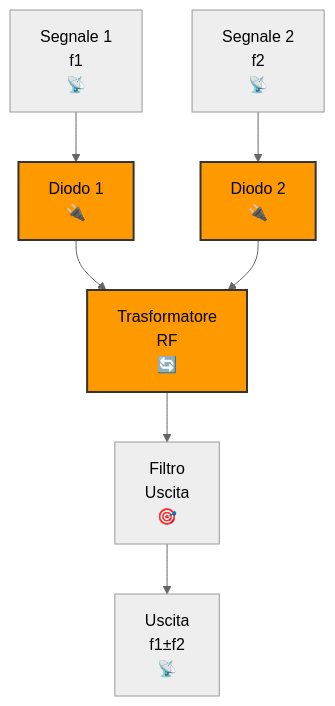
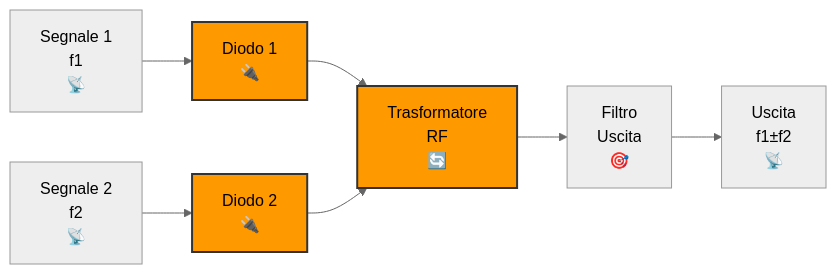
Before and after one commit to EliaTolin/esame-radioamatori: the second of 7 diagrams in 05_Trasmettitori/5.3_Descrizione_degli_stadi_seguenti.md, drawn with Mermaid (neutral theme). The commit also changed other lines of this file and 2 other files, not shown here.

Commit message:
aggiornamento diagrammi a blocchi in orizzontale

````diff
--- a/05_Trasmettitori/5.3_Descrizione_degli_stadi_seguenti.md
+++ b/05_Trasmettitori/5.3_Descrizione_degli_stadi_seguenti.md
@@ -48,11 +48,11 @@
 ```mermaid
-graph TD;
-    Ingresso1["Segnale 1<br>f1<br>📡"] --> Diodo1["Diodo 1<br>🔌"];
+graph LR;
+    Ingresso["Segnale 1<br>f1<br>📡"] --> Diodo1["Diodo 1<br>🔌"];
     Ingresso2["Segnale 2<br>f2<br>📡"] --> Diodo2["Diodo 2<br>🔌"];
     Diodo1 --> Trasformatore["Trasformatore<br>RF<br>🔄"];
     Diodo2 --> Trasformatore;
     Trasformatore --> FiltroUscita["Filtro<br>Uscita<br>🎯"];
     FiltroUscita --> Uscita["Uscita<br>f1±f2<br>📡"];
     classDef mix fill:#f90,stroke:#333,stroke-width:2px;
     class Diodo1,Diodo2,Trasformatore mix;
 ```
````
